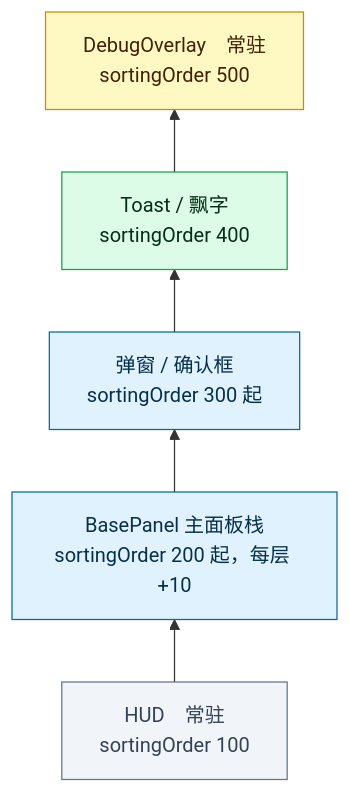
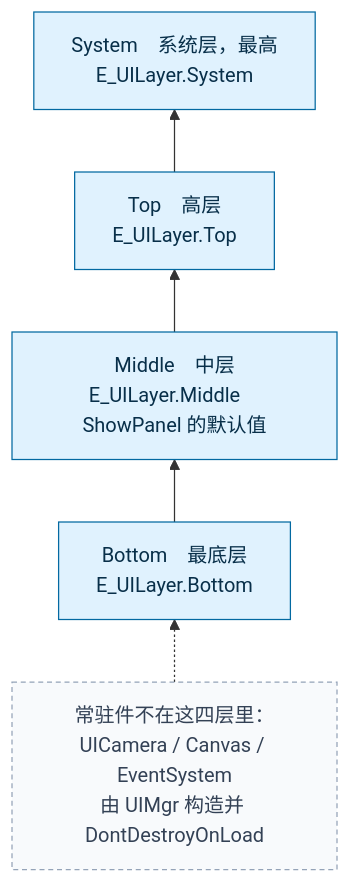
Before and after one commit to 5FYZhou/deepseaoil: the diagram in Docs/框架设计/sources/07-panel-order.mmd, drawn with Mermaid. The commit also changed 7 other files, not shown here.

First line of the commit message:
docs(framework): 蓝图并入上游逻辑层事实；新增 §15 现状 / §16 缺陷登记；图源与图块同步

```diff
--- a/Docs/框架设计/sources/07-panel-order.mmd
+++ b/Docs/框架设计/sources/07-panel-order.mmd
@@ -1,24 +1,23 @@
-%% 图9｜面板层级与顺序｜回答：弹出面板该压谁、常驻层怎么排？
-%% 读法：自下而上 = Canvas 的 sortingOrder 从小到大；「常驻」= 不进栈、不随面板开关重建。
-%% 维护：层级与 sortingOrder 是 const 常量，改动时同步改 UIManager 常量与主文档「图 9」代码块。
+%% 图9｜面板层级与顺序｜回答：这个面板该放哪一层？
+%% 读法：层级 = ui/Canvas.prefab 下四个子节点的**兄弟顺序**（Bottom 最下、System 最上）。
+%%       不是 sortingOrder —— UIMgr 全类没有 sortingOrder 常量。
+%% 维护：E_UILayer 的枚举值与 Canvas.prefab 的子节点名必须成对；
+%%       面板预设体名必须等于面板类名（路径写死在 ui/Panel/<类名>）。
 flowchart BT
-  HUD["HUD　常驻<br/>sortingOrder 100"]
-  Panel["BasePanel 主面板栈<br/>sortingOrder 200 起，每层 +10"]
-  Popup["弹窗 / 确认框<br/>sortingOrder 300 起"]
-  Toast["Toast / 飘字<br/>sortingOrder 400"]
-  Overlay["DebugOverlay　常驻<br/>sortingOrder 500"]
+  Bottom["Bottom　最底层<br/>E_UILayer.Bottom"]
+  Middle["Middle　中层<br/>E_UILayer.Middle　ShowPanel 的默认值"]
+  Top["Top　高层<br/>E_UILayer.Top"]
+  System["System　系统层，最高<br/>E_UILayer.System"]
 
-  HUD --> Panel
-  Panel --> Popup
-  Popup --> Toast
-  Toast --> Overlay
+  Note["常驻件不在这四层里：<br/>UICamera / Canvas / EventSystem<br/>由 UIMgr 构造并 DontDestroyOnLoad"]
+  Note -.-> Bottom
 
-  classDef resident fill:#f1f5f9,stroke:#64748b,color:#334155
-  classDef stack fill:#e0f2fe,stroke:#0369a1,color:#082f49
-  classDef top fill:#dcfce7,stroke:#16a34a,color:#052e16
-  classDef debug fill:#fef9c3,stroke:#ca8a04,color:#422006
+  Bottom --> Middle
+  Middle --> Top
+  Top --> System
 
-  class HUD resident
-  class Panel,Popup stack
-  class Toast top
-  class Overlay debug
+  classDef layer fill:#e0f2fe,stroke:#0369a1,color:#082f49
+  classDef note fill:#f8fafc,stroke:#94a3b8,color:#334155,stroke-dasharray:4 3
+
+  class Bottom,Middle,Top,System layer
+  class Note note
```
